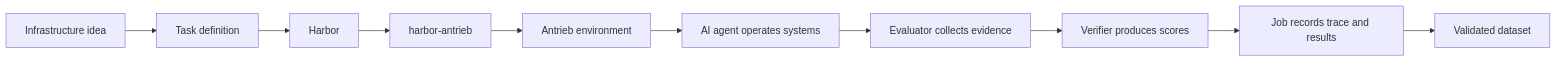
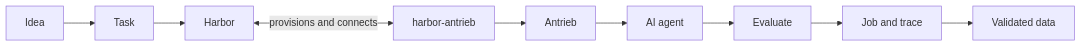
The diagram in README.md (open-sudo/infraset), drawn with Mermaid before and after one commit. The commit also changed other lines of this file and 1 other file, not shown here.

````diff
--- a/README.md
+++ b/README.md
@@ -150,12 +137,11 @@
 ```mermaid
 flowchart LR
-    A[Infrastructure idea] --> B[Task definition]
-    B --> C[Harbor]
-    C --> D[harbor-antrieb]
-    D --> E[Antrieb environment]
-    E --> F[AI agent operates systems]
-    F --> G[Evaluator collects evidence]
-    G --> H[Verifier produces scores]
-    H --> I[Job records trace and results]
-    I --> J[Validated dataset]
+    idea[Idea] --> task[Task]
+    task --> harbor[Harbor]
+    harbor <-->|provisions and connects| bridge[harbor-antrieb]
+    bridge --> antrieb[Antrieb]
+    antrieb --> agent[AI agent]
+    agent --> evaluate[Evaluate]
+    evaluate --> job[Job and trace]
+    job --> publish[Validated data]
 ```
````
